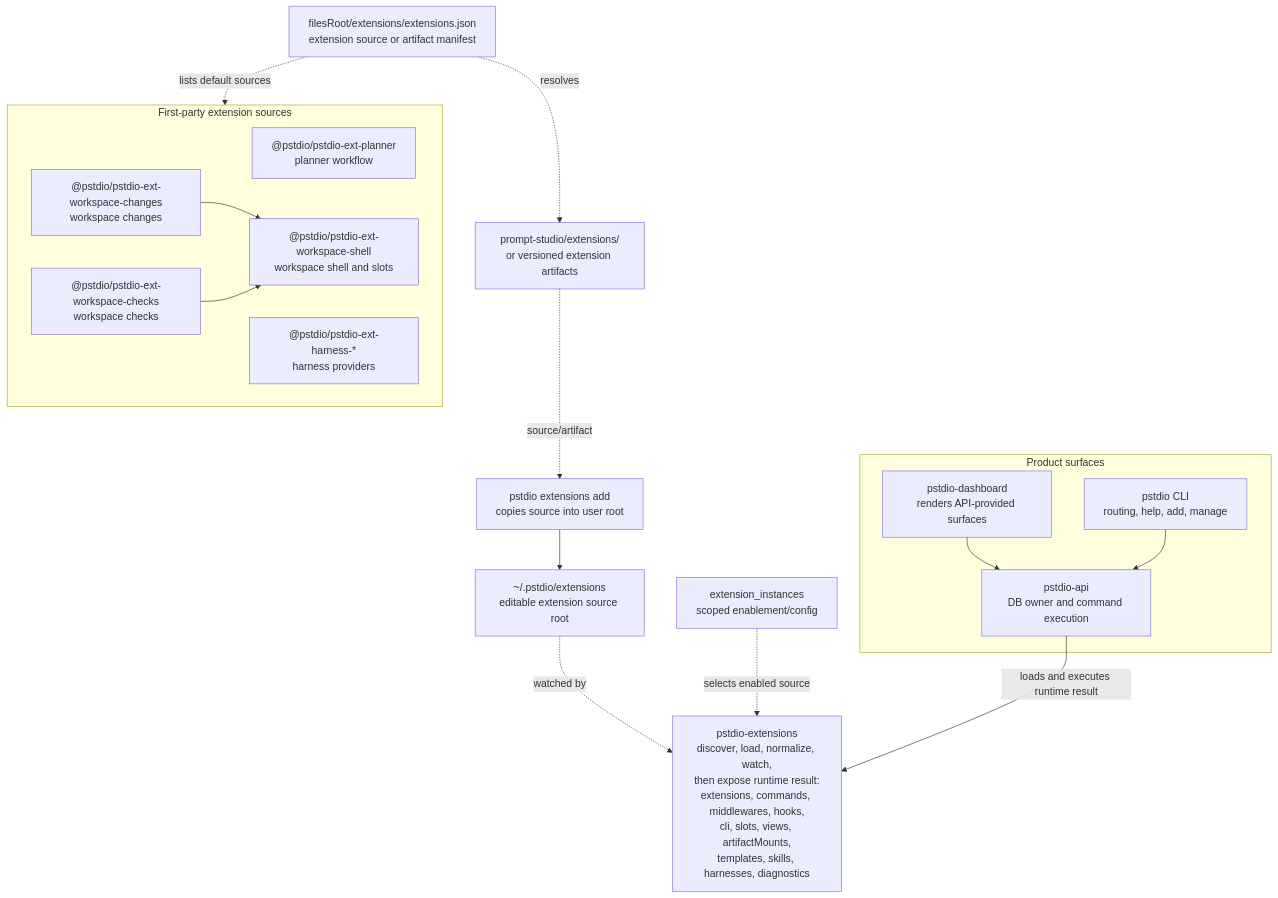
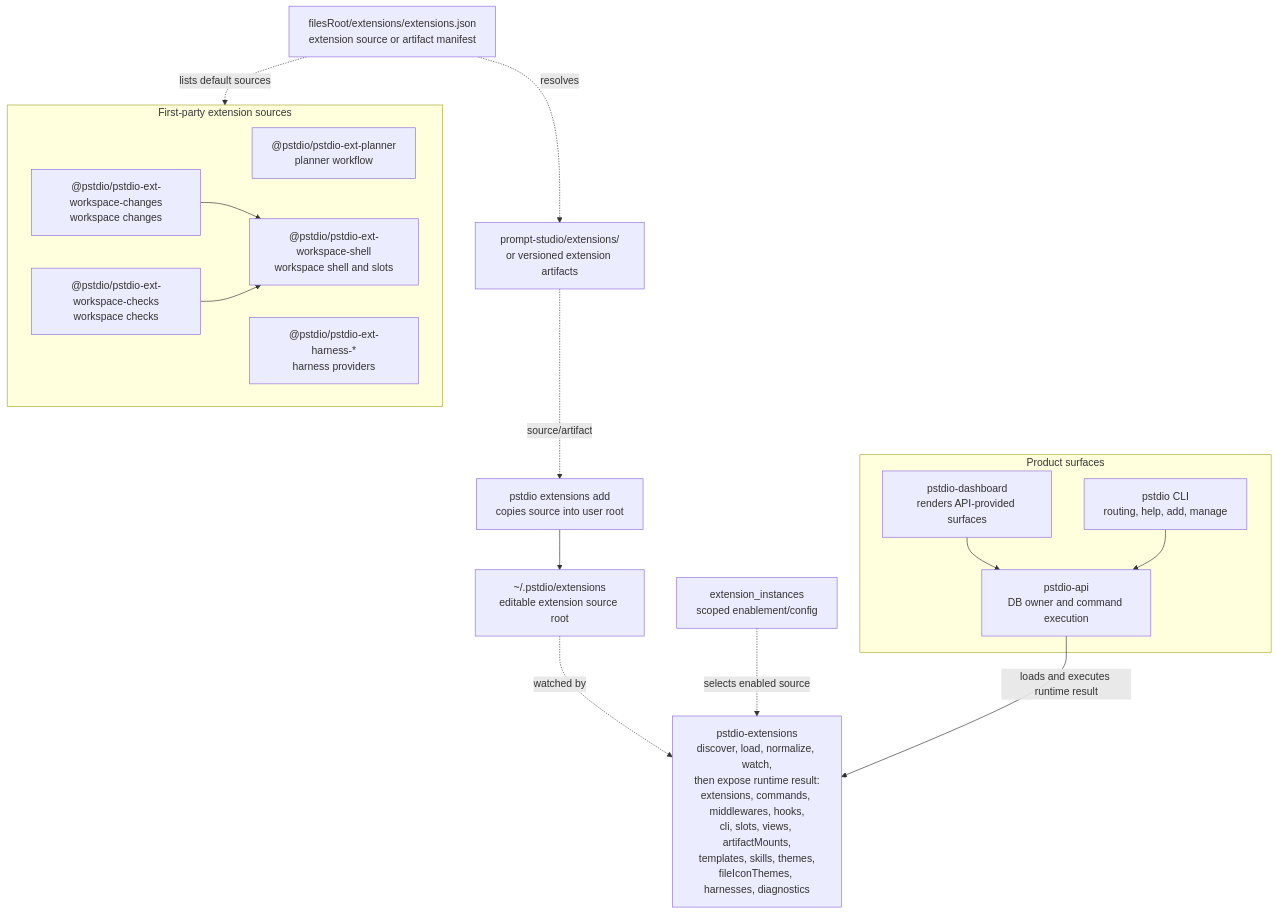
One commit to jenshorn/prompt-studio changed the diagram in extensions/docs/extension-runtime.md. Above: the diagram before and after it, drawn with Mermaid. The commit also changed other lines of this file and 49 other files, not shown here.

````diff
--- a/extensions/docs/extension-runtime.md
+++ b/extensions/docs/extension-runtime.md
@@ -47,36 +47,36 @@
 ```mermaid
 flowchart TB
   Add["pstdio extensions add <extension><br/>copies source into user root"]
   UserRoot["~/.pstdio/extensions<br/>editable extension source root"]
   SourceManifest["filesRoot/extensions/extensions.json<br/>extension source or artifact manifest"]
   GitHub["prompt-studio/extensions/<name><br/>or versioned extension artifacts"]
-  Runtime["pstdio-extensions<br/>discover, load, normalize, watch,<br/>then expose runtime result:<br/>extensions, commands, middlewares, hooks,<br/>cli, slots, views, artifactMounts,<br/>templates, skills, harnesses, diagnostics"]
+  Runtime["pstdio-extensions<br/>discover, load, normalize, watch,<br/>then expose runtime result:<br/>extensions, commands, middlewares, hooks,<br/>cli, slots, views, artifactMounts,<br/>templates, skills, themes,<br/>fileIconThemes, harnesses, diagnostics"]
   Toggles["extension_instances<br/>scoped enablement/config"]
 
   subgraph Product["Product surfaces"]
     Dashboard["pstdio-dashboard<br/>renders API-provided surfaces"]
     CLI["pstdio CLI<br/>routing, help, add, manage"]
     API["pstdio-api<br/>DB owner and command execution"]
   end
 
   subgraph FirstParty["First-party extension sources"]
     Planner["@pstdio/pstdio-ext-planner<br/>planner workflow"]
     WorkspaceShell["@pstdio/pstdio-ext-workspace-shell<br/>workspace shell and slots"]
     WorkspaceChanges["@pstdio/pstdio-ext-workspace-changes<br/>workspace changes"]
     WorkspaceChecks["@pstdio/pstdio-ext-workspace-checks<br/>workspace checks"]
     Harnesses["@pstdio/pstdio-ext-harness-*<br/>harness providers"]
   end
 
   SourceManifest -. resolves .-> GitHub
   GitHub -. source/artifact .-> Add
   Add --> UserRoot
   UserRoot -. watched by .-> Runtime
   Toggles -. selects enabled source .-> Runtime
   SourceManifest -. lists default sources .-> FirstParty
   WorkspaceChanges --> WorkspaceShell
   WorkspaceChecks --> WorkspaceShell
 
   Dashboard --> API
   CLI --> API
   API -- loads and executes runtime result --> Runtime
 ```
````
